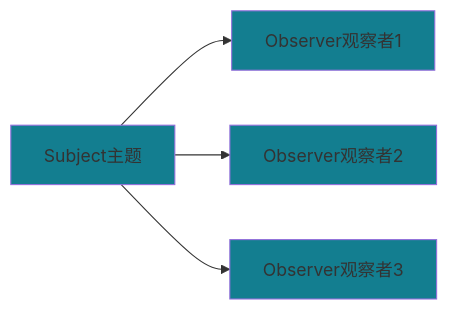
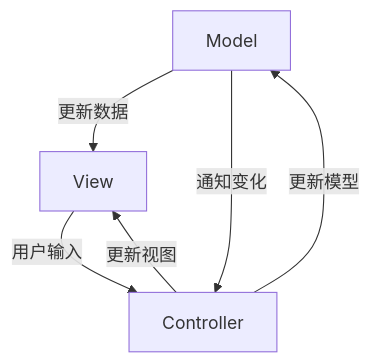
Before and after one commit to Scutlhj/fileShared: the diagram in text.md, drawn with Mermaid. The commit also changed other lines of this file, not shown here.

````diff
--- a/text.md
+++ b/text.md
@@ -232,11 +308,8 @@
 ```mermaid
-graph LR
-    A[Subject主题] --> B[Observer观察者1]
-    A --> C[Observer观察者2]
-    A --> D[Observer观察者3]
-    
-    style A fill:#137e90
-    style B fill:#137e90
-    style C fill:#137e90
-    style D fill:#137e90
+graph TD
+    A[Model] -->|更新数据| B[View]
+    A -->|通知变化| C[Controller]
+    B -->|用户输入| C
+    C -->|更新模型| A
+    C -->|更新视图| B
 ```
````
